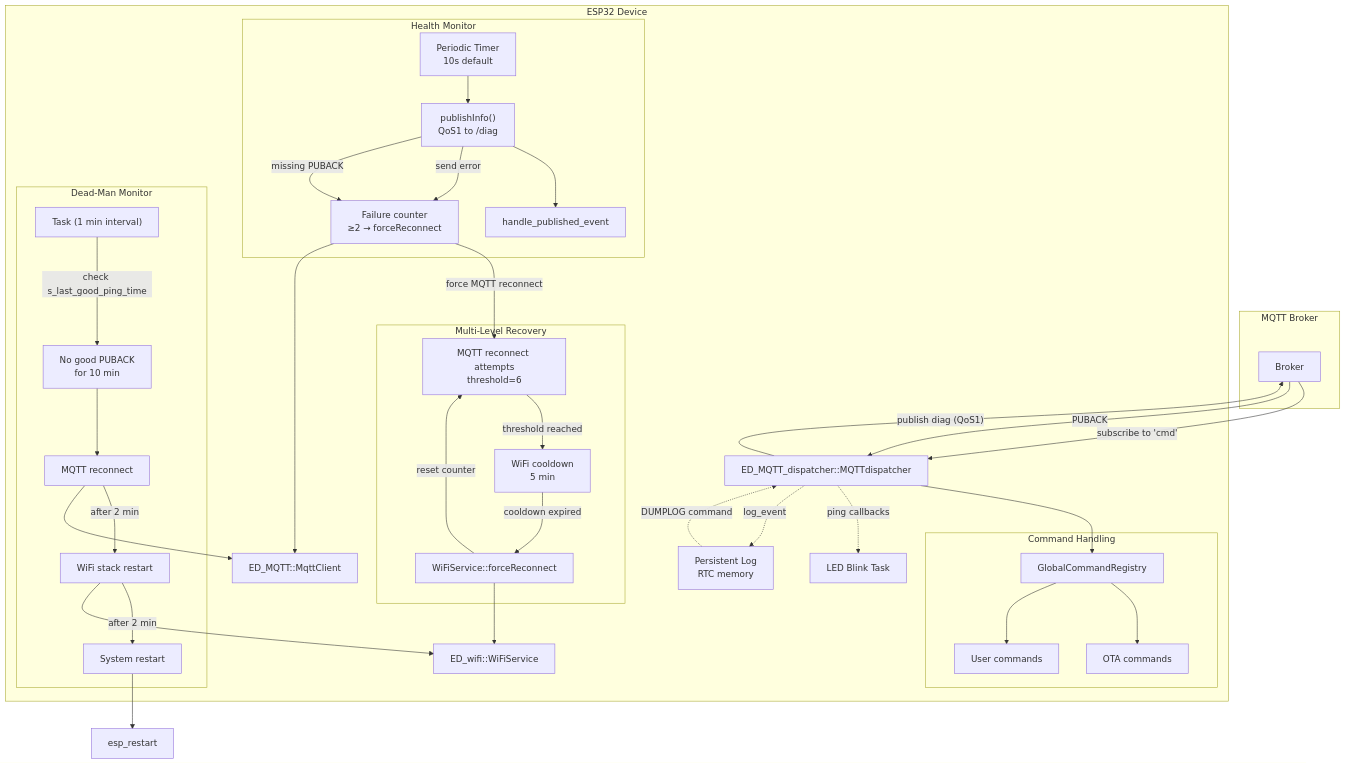
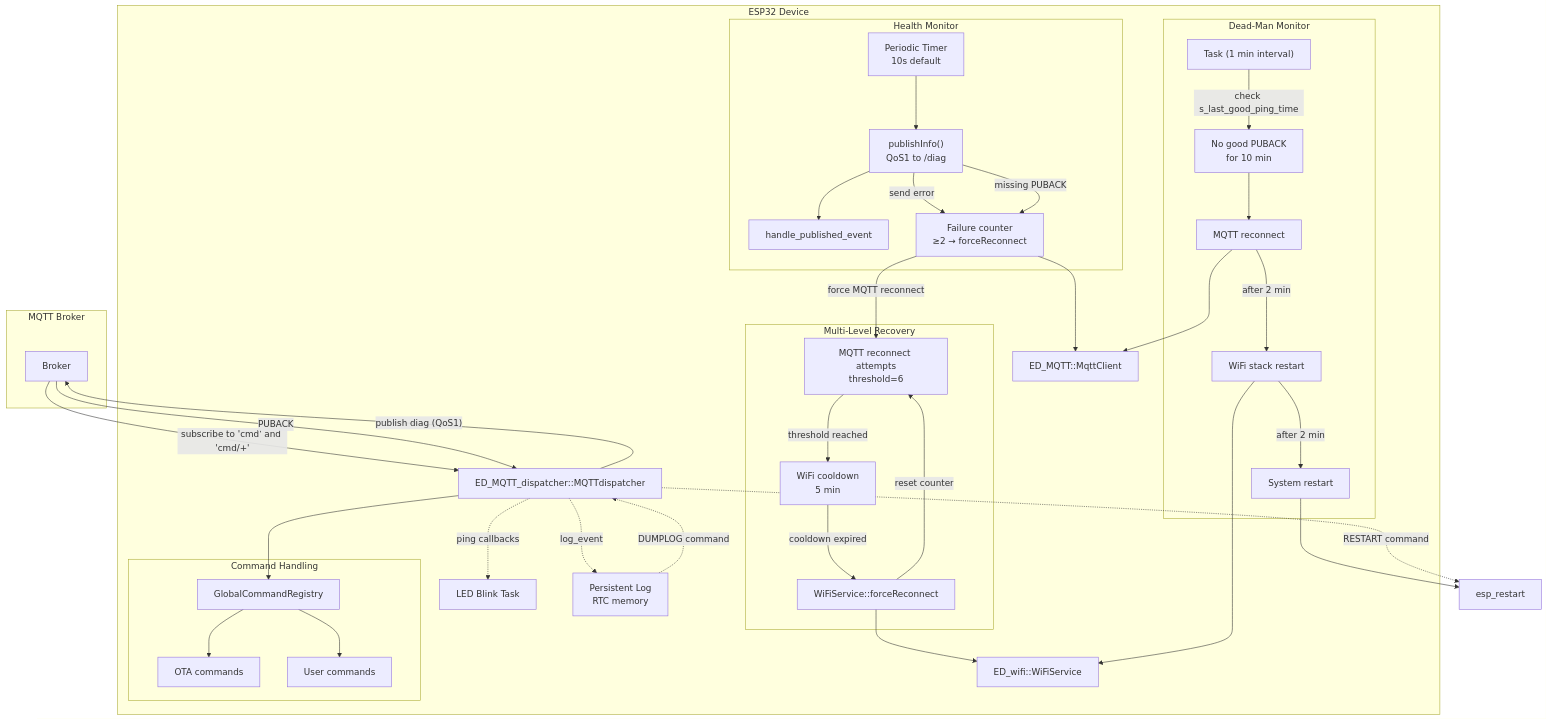
The diagram in ED_MQTT_dispatcher_README.md (edolis/ED_MQTT), drawn with Mermaid before and after one commit. The commit also changed other lines of this file and 2 other files, not shown here.

Commit message:
circular log now rolls and persists. added RESTART command

````diff
--- a/ED_MQTT_dispatcher_README.md
+++ b/ED_MQTT_dispatcher_README.md
@@ -43,73 +60,74 @@
 ```mermaid
 flowchart TD
     subgraph "MQTT Broker"
         B[Broker]
     end
 
     subgraph "ESP32 Device"
         MQTT[ED_MQTT::MqttClient]
         DISP[ED_MQTT_dispatcher::MQTTdispatcher]
         WIFI[ED_wifi::WiFiService]
 
         subgraph "Command Handling"
             REG[GlobalCommandRegistry]
             CMD1[OTA commands]
             CMD2[User commands]
         end
 
         subgraph "Health Monitor"
             TIMER["Periodic Timer<br>10s default"]
             PUB["publishInfo()<br>QoS1 to /diag"]
             ACK[handle_published_event]
             FAIL["Failure counter<br>≥2 → forceReconnect"]
         end
 
         subgraph "Multi-Level Recovery"
             COUNTER["MQTT reconnect attempts<br>threshold=6"]
             COOLDOWN["WiFi cooldown<br>5 min"]
             WIFI_RECONNECT[WiFiService::forceReconnect]
         end
 
         subgraph "Dead‑Man Monitor"
             DEADMAN_TASK["Task (1 min interval)"]
             TIMEOUT["No good PUBACK<br>for 10 min"]
             ESCALATE1[MQTT reconnect]
             ESCALATE2[WiFi stack restart]
             ESCALATE3[System restart]
         end
 
         LED[LED Blink Task]
         LOG[Persistent Log<br>RTC memory]
     end
 
-    B -- "subscribe to 'cmd'" --> DISP
+    B -- "subscribe to 'cmd' and 'cmd/+'" --> DISP
     DISP -- "publish diag (QoS1)" --> B
     B -- "PUBACK" --> DISP
 
     DISP --> REG
     REG --> CMD1
     REG --> CMD2
 
     TIMER --> PUB
     PUB --> ACK
     PUB --> |send error| FAIL
     PUB --> |missing PUBACK| FAIL
     FAIL --> |force MQTT reconnect| COUNTER
     COUNTER --> |threshold reached| COOLDOWN
     COOLDOWN --> |cooldown expired| WIFI_RECONNECT
     WIFI_RECONNECT --> WIFI
     WIFI_RECONNECT --> |reset counter| COUNTER
     FAIL --> MQTT
 
     DEADMAN_TASK --> |check s_last_good_ping_time| TIMEOUT
     TIMEOUT --> ESCALATE1
     ESCALATE1 --> |after 2 min| ESCALATE2
     ESCALATE2 --> |after 2 min| ESCALATE3
     ESCALATE1 --> MQTT
     ESCALATE2 --> WIFI
     ESCALATE3 --> esp_restart
 
     DISP -. "ping callbacks" .-> LED
     DISP -. "log_event" .-> LOG
     LOG -. "DUMPLOG command" .-> DISP
+    DISP -. "RESTART command" .-> esp_restart
 ```
````
